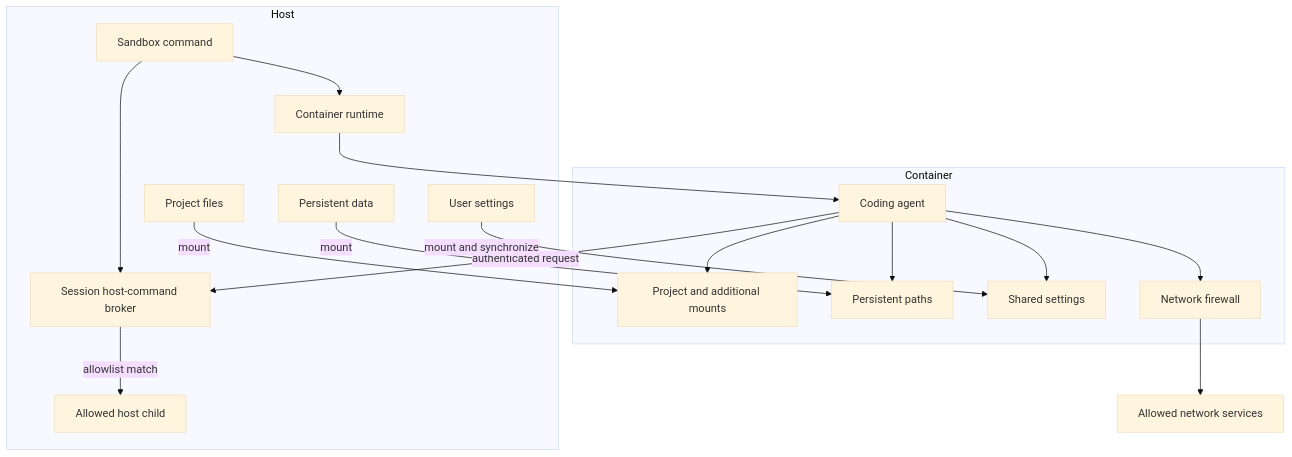
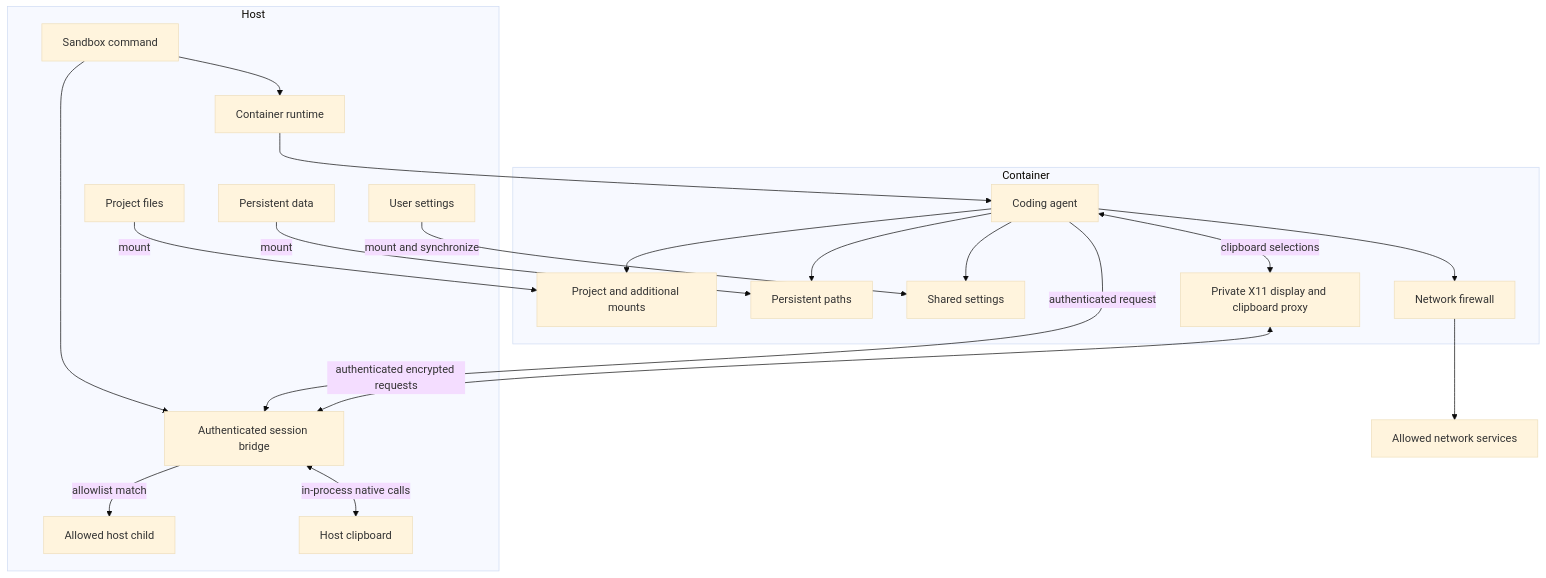
Before and after one commit to MaibornWolff/sandbox: the first of 2 diagrams in docs/ARCHITECTURE.md, drawn with Mermaid (base theme). The commit also changed other lines of this file and 144 other files, not shown here.

First line of the commit message:
feat: add native clipboard bridge for attached sessions

````diff
--- a/docs/ARCHITECTURE.md
+++ b/docs/ARCHITECTURE.md
@@ -22,36 +22,41 @@
 ```mermaid
 flowchart TB
   subgraph Host
     CLI[Sandbox command]
     Project[Project files]
     Settings[User settings]
     Data[Persistent data]
     Runtime[Container runtime]
-    Broker[Session host-command broker]
+    Broker[Authenticated session bridge]
     HostChild[Allowed host child]
+    Native[Host clipboard]
   end
 
   subgraph Container
     Agent[Coding agent]
     Mounts[Project and additional mounts]
     Persistent[Persistent paths]
     SharedSettings[Shared settings]
     Firewall[Network firewall]
+    Display[Private X11 display and clipboard proxy]
   end
 
   Services[Allowed network services]
 
   CLI --> Runtime
   Runtime --> Agent
   CLI --> Broker
   Agent -->|authenticated request| Broker
   Broker -->|allowlist match| HostChild
+  Agent <-->|clipboard selections| Display
+  Display <-->|authenticated encrypted requests| Broker
+  Broker <-->|in-process native calls| Native
   Project -->|mount| Mounts
   Settings -->|mount and synchronize| SharedSettings
   Data -->|mount| Persistent
   Agent --> Mounts
   Agent --> Persistent
   Agent --> SharedSettings
   Agent --> Firewall
   Firewall --> Services
 ```
````
